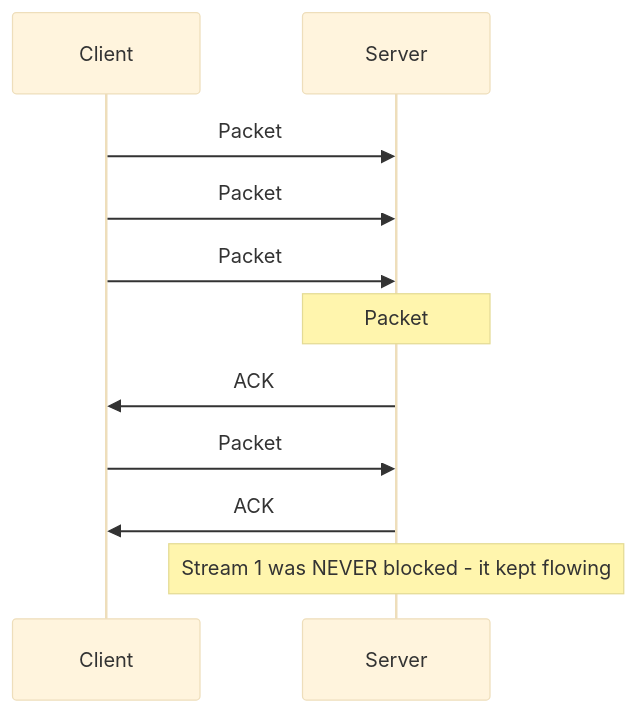
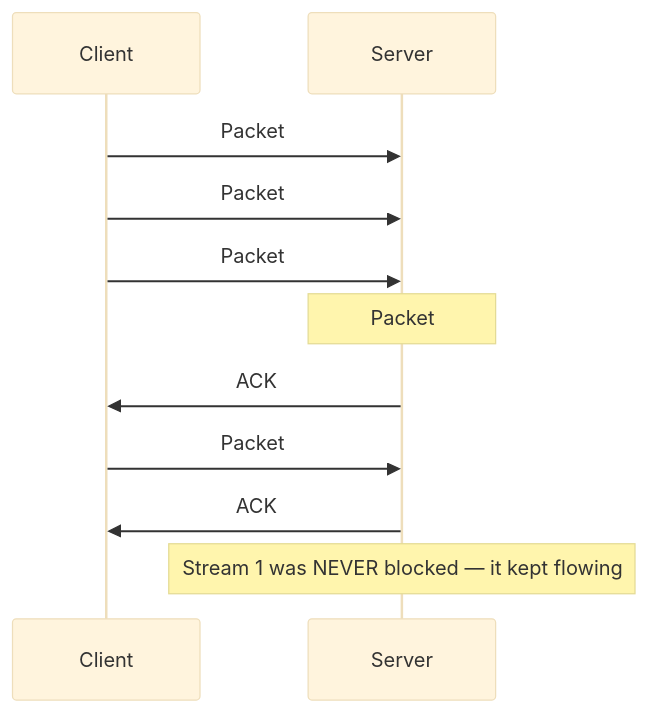
One commit to veenayaksirohi/DITISS changed the tenth of 13 diagrams in interview/http-evolution-interview-notes.md. Above: the diagram before and after it, drawn with Mermaid (base theme). The commit also changed other lines of this file and 3 other files, not shown here.

````diff
--- a/interview/http-evolution-interview-notes.md
+++ b/interview/http-evolution-interview-notes.md
@@ -349,13 +704,13 @@
 ```mermaid
 sequenceDiagram
     participant C as Client
     participant S as Server
     C->>S: Packet #1 (Stream 1, offset 0)
     C->>S: Packet #2 (Stream 3, offset 0)
     C->>S: Packet #3 (Stream 1, offset 100)
     Note over S: Packet #2 lost in network
     S->>C: ACK #1, #3 (gap at #2 detected)
-    C->>S: Packet #4 - retransmit Stream 3 data (new packet number)
+    C->>S: Packet #4 — retransmit Stream 3 data (new packet number)
     S->>C: ACK #4
-    Note over S: Stream 1 was NEVER blocked - it kept flowing
+    Note over S: Stream 1 was NEVER blocked — it kept flowing
 ```
````
